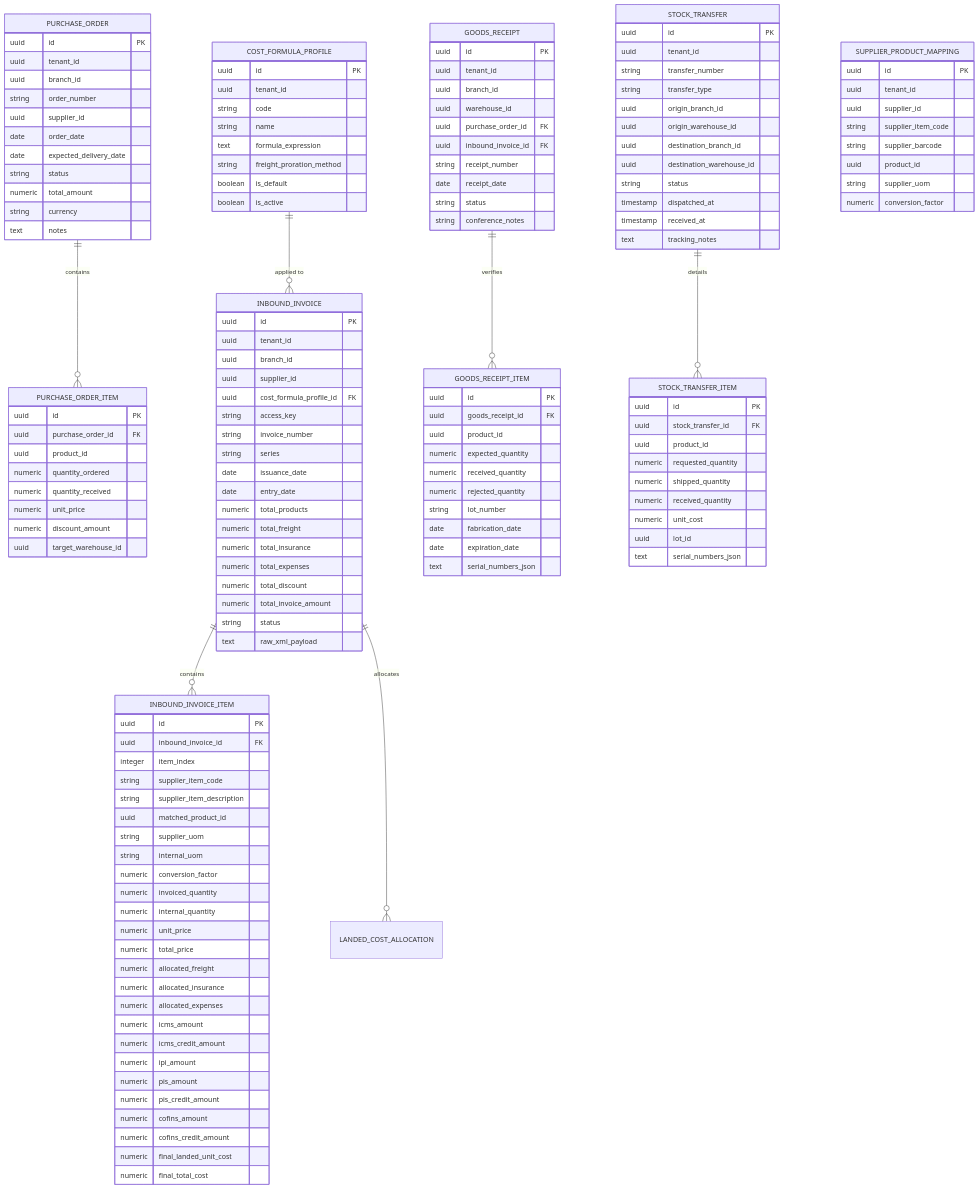
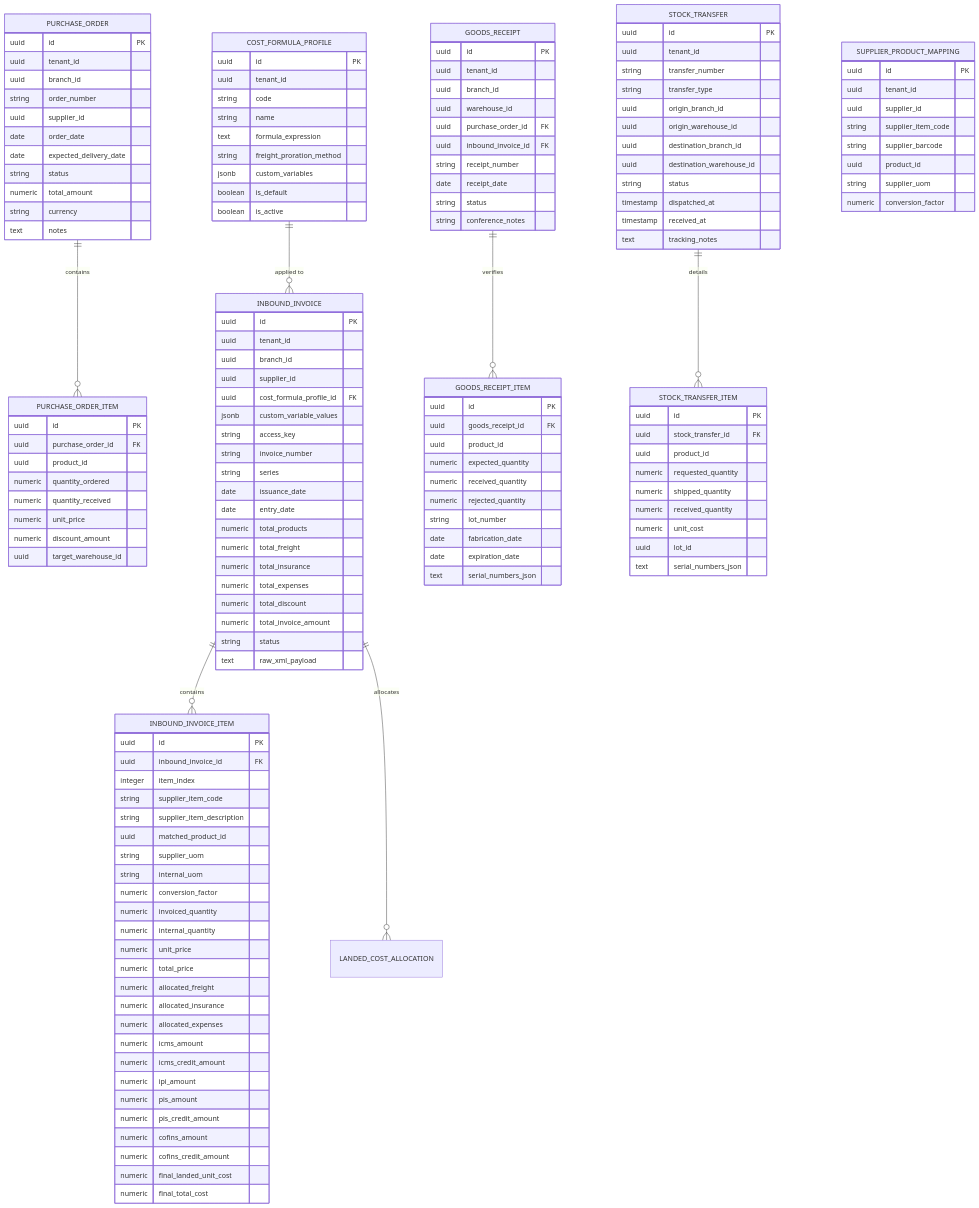
The diagram in specs/009-inbound-purchases-transfers/data-model.md (lucasrodrigues062/OpenControlErp), drawn with Mermaid before and after one commit. The commit also changed other lines of this file and 4 other files, not shown here.

Commit message:
feat(spec): add user-defined custom formula variables to cost engine architecture

```diff
--- a/specs/009-inbound-purchases-transfers/data-model.md
+++ b/specs/009-inbound-purchases-transfers/data-model.md
@@ -48,6 +48,7 @@
         string name
         text formula_expression
         string freight_proration_method
+        jsonb custom_variables
         boolean is_default
         boolean is_active
     }
@@ -58,6 +59,7 @@
         uuid branch_id
         uuid supplier_id
         uuid cost_formula_profile_id FK
+        jsonb custom_variable_values
         string access_key
         string invoice_number
         string series
```
